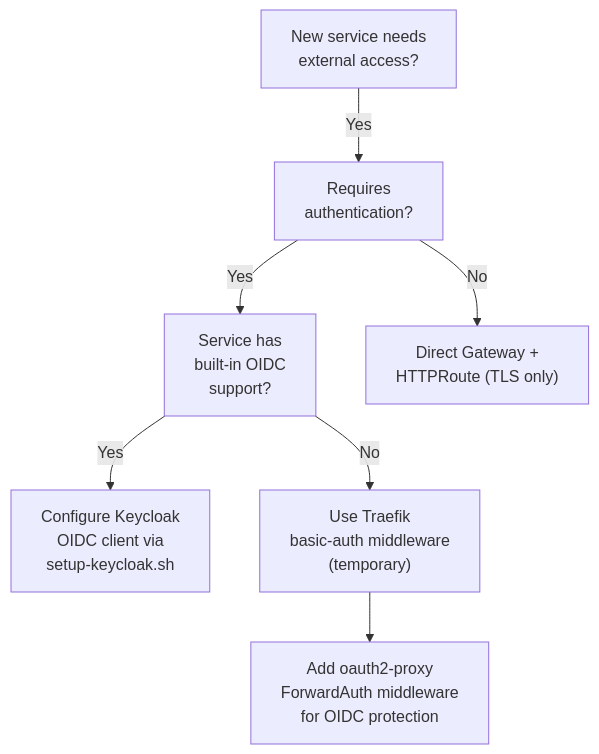
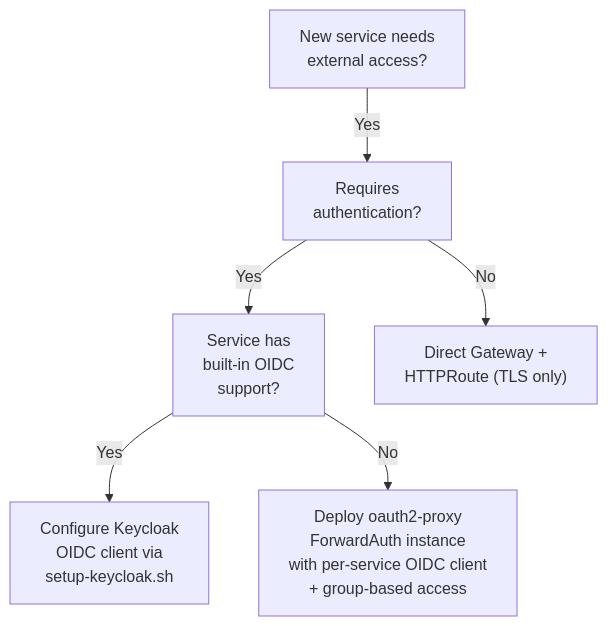
Before and after one commit to derhornspieler/harvester-rke2-platform: the ninth of 11 diagrams in docs/engineering/security-architecture.md, drawn with Mermaid. The commit also changed other lines of this file and 11 other files, not shown here.

````diff
--- a/docs/engineering/security-architecture.md
+++ b/docs/engineering/security-architecture.md
@@ -915,17 +924,15 @@
 ```mermaid
 flowchart TD
     Start["New service needs<br/>external access?"]
     HasOIDC["Service has<br/>built-in OIDC<br/>support?"]
     UseOIDC["Configure Keycloak<br/>OIDC client via<br/>setup-keycloak.sh"]
-    UseBasicAuth["Use Traefik<br/>basic-auth middleware<br/>(temporary)"]
-    PlannedFA["Add oauth2-proxy<br/>ForwardAuth middleware<br/>for OIDC protection"]
+    UseOAuth2Proxy["Deploy oauth2-proxy<br/>ForwardAuth instance<br/>with per-service OIDC client<br/>+ group-based access"]
     NeedsAuth["Requires<br/>authentication?"]
     NoAuth["Direct Gateway +<br/>HTTPRoute (TLS only)"]
 
     Start -->|Yes| NeedsAuth
     NeedsAuth -->|Yes| HasOIDC
     NeedsAuth -->|No| NoAuth
     HasOIDC -->|Yes| UseOIDC
-    HasOIDC -->|No| UseBasicAuth
-    UseBasicAuth --> PlannedFA
+    HasOIDC -->|No| UseOAuth2Proxy
 ```
````
